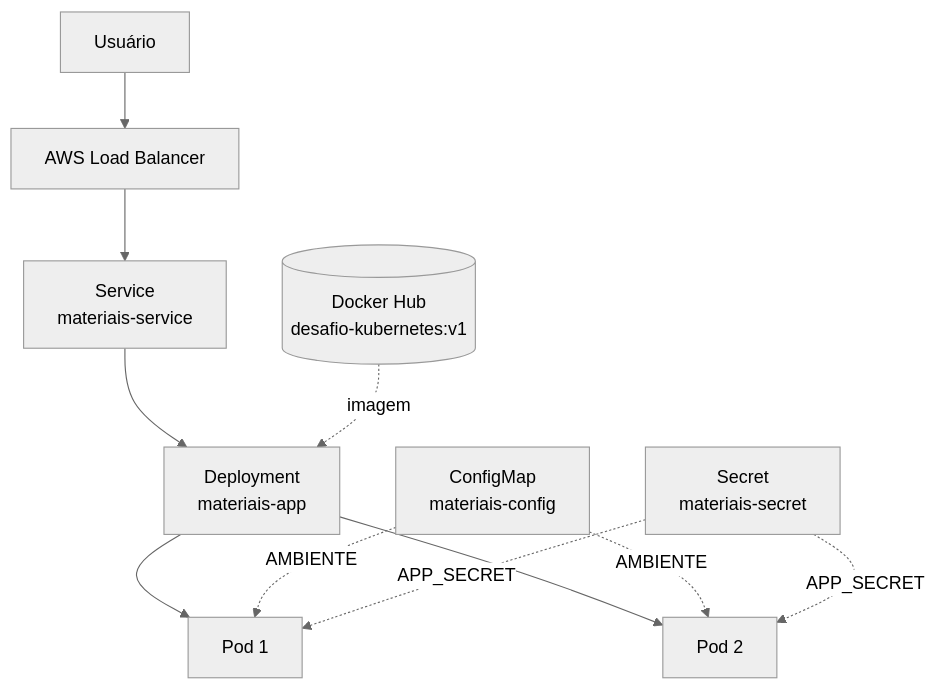
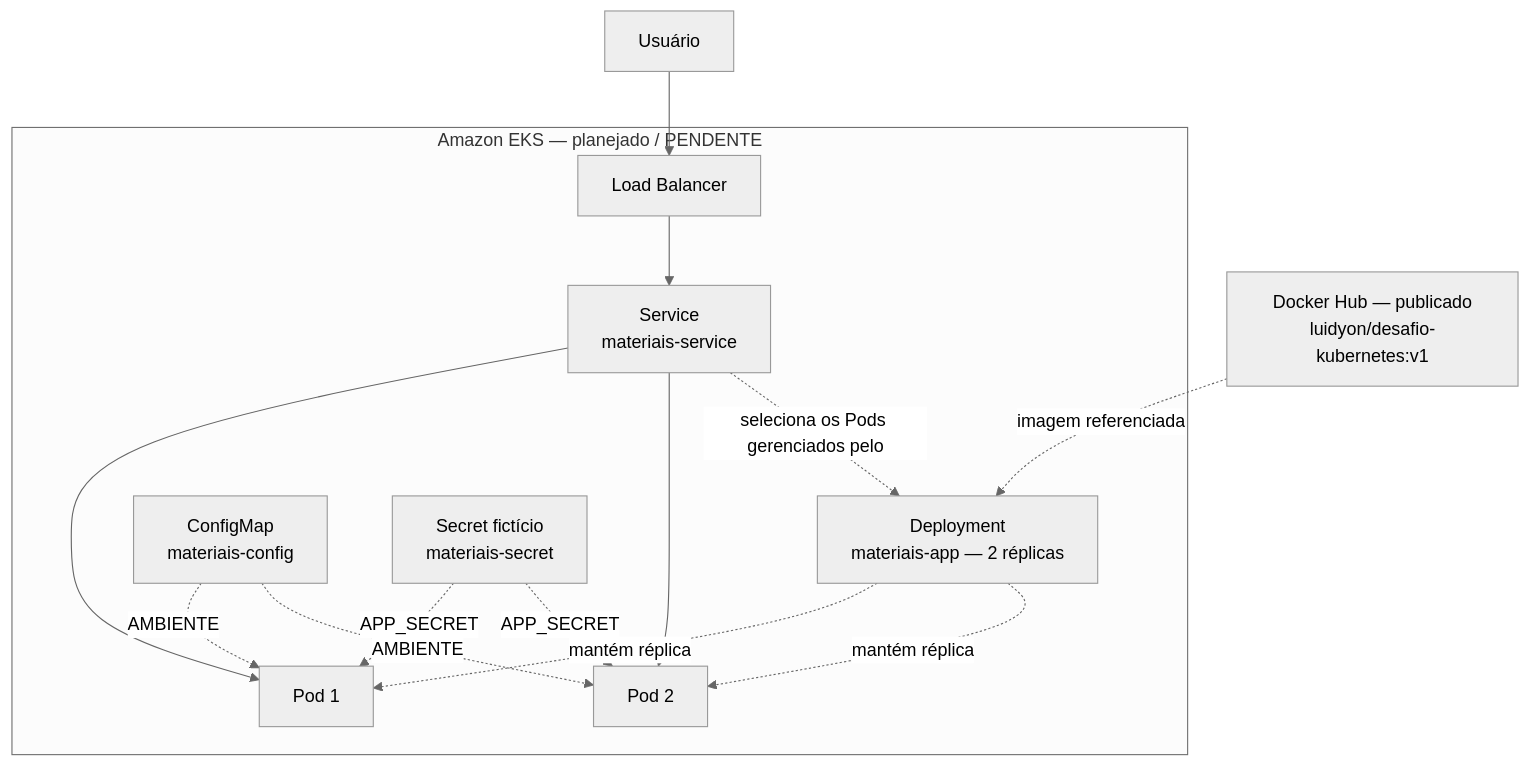
The diagram in README.md (LuidyOn/Desafio_Kubernetes), drawn with Mermaid (neutral theme) before and after one commit. The commit also changed other lines of this file and 8 other files, not shown here.

First line of the commit message:
feat: conclui etapa Docker e prepara projeto para EKS

````diff
--- a/README.md
+++ b/README.md
@@ -15,15 +33,29 @@
 ```mermaid
 flowchart TD
-    U[Usuário] --> LB[AWS Load Balancer]
-    LB --> S[Service<br/>materiais-service]
-    S --> D[Deployment<br/>materiais-app]
-    D --> P1[Pod 1]
-    D --> P2[Pod 2]
+    U["Usuário"]
+    DH["Docker Hub — publicado<br/>luidyon/desafio-kubernetes:v1"]
 
-    CM[ConfigMap<br/>materiais-config] -.AMBIENTE.-> P1
-    CM -.AMBIENTE.-> P2
-    SEC[Secret<br/>materiais-secret] -.APP_SECRET.-> P1
-    SEC -.APP_SECRET.-> P2
+    subgraph EKS["Amazon EKS — planejado / PENDENTE"]
+        LB["Load Balancer"]
+        S["Service<br/>materiais-service"]
+        D["Deployment<br/>materiais-app — 2 réplicas"]
+        P1["Pod 1"]
+        P2["Pod 2"]
+        CM["ConfigMap<br/>materiais-config"]
+        SEC["Secret fictício<br/>materiais-secret"]
 
-    DH[(Docker Hub<br/>desafio-kubernetes:v1)] -.imagem.-> D
+        LB --> S
+        S --> P1
+        S --> P2
+        S -.->|seleciona os Pods gerenciados pelo| D
+        D -.->|mantém réplica| P1
+        D -.->|mantém réplica| P2
+        CM -.->|AMBIENTE| P1
+        CM -.->|AMBIENTE| P2
+        SEC -.->|APP_SECRET| P1
+        SEC -.->|APP_SECRET| P2
+    end
+
+    U --> LB
+    DH -.->|imagem referenciada| D
 ```
````
